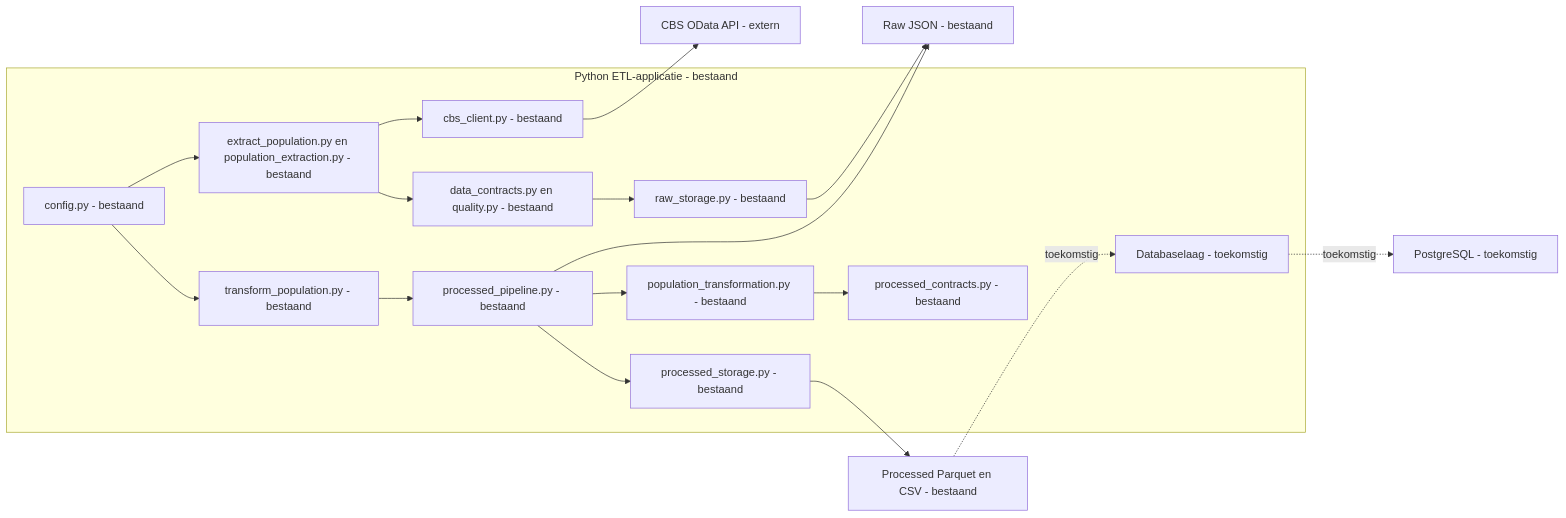
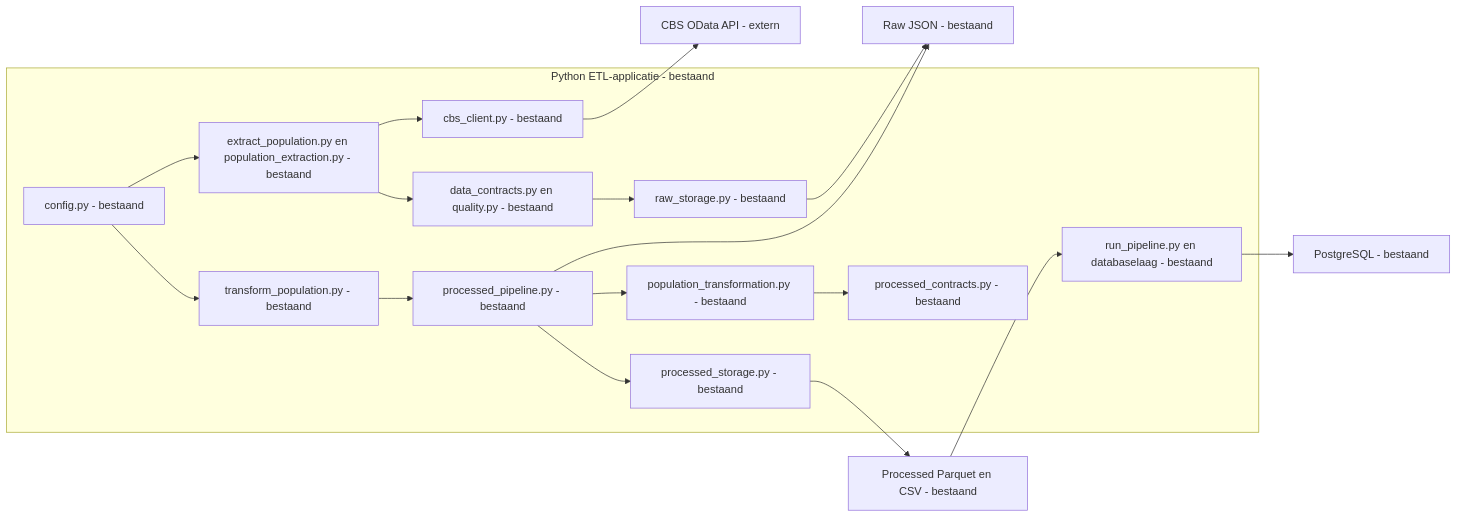
One commit to salahooo/gemeente-data-platform changed the third of 8 diagrams in docs/architecture.md. Above: the diagram before and after it, drawn with Mermaid. The commit also changed other lines of this file and 25 other files, not shown here.

````diff
--- a/docs/architecture.md
+++ b/docs/architecture.md
@@ -42,36 +41,36 @@
 ```mermaid
 flowchart LR
     subgraph app[Python ETL-applicatie - bestaand]
         config[config.py - bestaand]
         extraction[extract_population.py en population_extraction.py - bestaand]
         client[cbs_client.py - bestaand]
         rawcontracts[data_contracts.py en quality.py - bestaand]
         rawstorage[raw_storage.py - bestaand]
         runner[transform_population.py - bestaand]
         pipeline[processed_pipeline.py - bestaand]
         transformation[population_transformation.py - bestaand]
         processedcontracts[processed_contracts.py - bestaand]
         processedstorage[processed_storage.py - bestaand]
-        database[Databaselaag - toekomstig]
+        database[run_pipeline.py en databaselaag - bestaand]
     end
     cbs[CBS OData API - extern]
     raw[Raw JSON - bestaand]
     processed[Processed Parquet en CSV - bestaand]
-    postgres[PostgreSQL - toekomstig]
+    postgres[PostgreSQL - bestaand]
 
     config --> extraction
     extraction --> client
     client --> cbs
     extraction --> rawcontracts
     rawcontracts --> rawstorage
     rawstorage --> raw
     config --> runner
     runner --> pipeline
     pipeline --> raw
     pipeline --> transformation
     transformation --> processedcontracts
     pipeline --> processedstorage
     processedstorage --> processed
-    processed -. toekomstig .-> database
-    database -. toekomstig .-> postgres
+    processed --> database
+    database --> postgres
 ```
````
